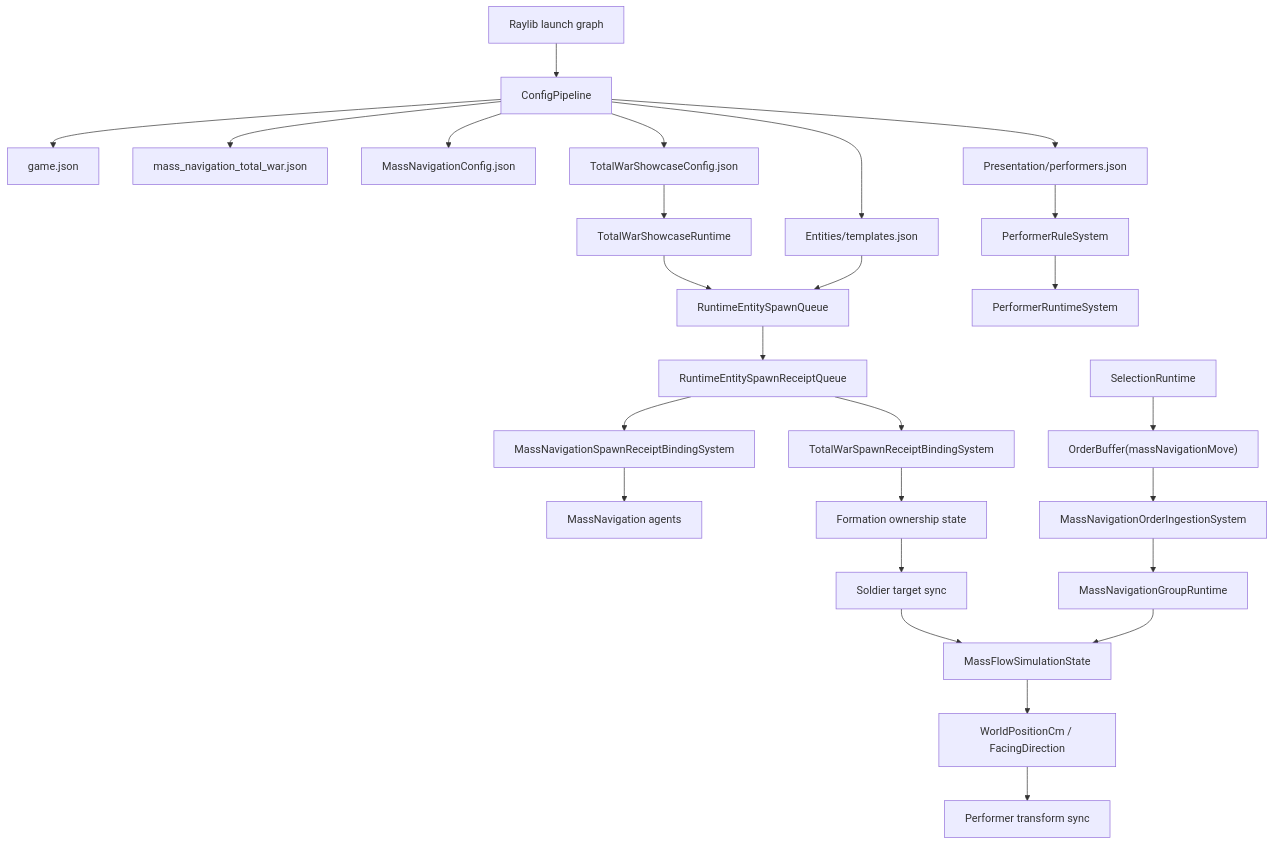
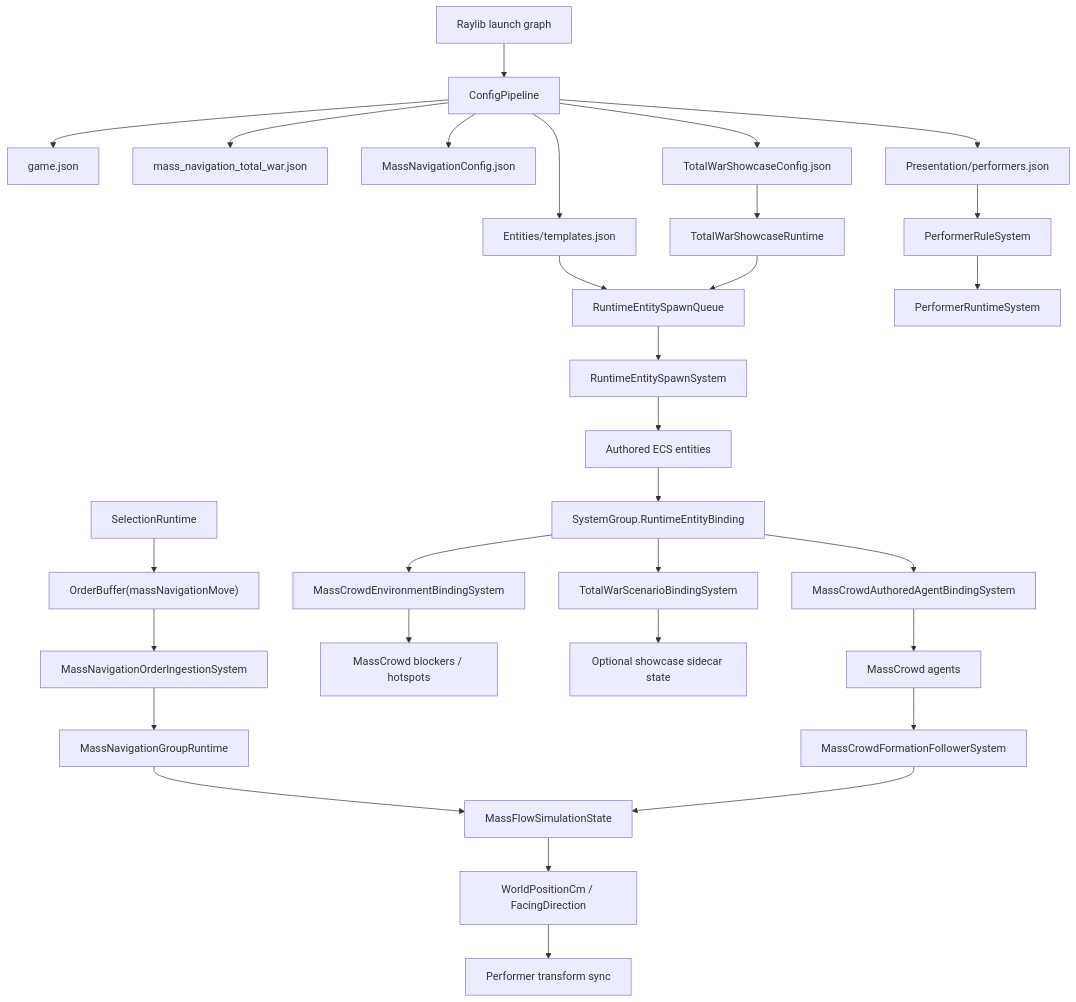
One commit to MightyBubble/Ludots changed the first of 2 diagrams in gitbook/reference/mass-navigation-formal-chain.md. Above: the diagram before and after it, drawn with Mermaid. The commit also changed other lines of this file and 119 other files, not shown here.

First line of the commit message:
Move MassCrowd runtime ownership into core

````diff
--- a/gitbook/reference/mass-navigation-formal-chain.md
+++ b/gitbook/reference/mass-navigation-formal-chain.md
@@ -36,31 +40,35 @@
 ```mermaid
 flowchart TD
     Launch["Raylib launch graph"] --> Config["ConfigPipeline"]
     Config --> GameJson["game.json"]
     Config --> Map["mass_navigation_total_war.json"]
     Config --> NavConfig["MassNavigationConfig.json"]
     Config --> TwConfig["TotalWarShowcaseConfig.json"]
     Config --> Templates["Entities/templates.json"]
     Config --> Performers["Presentation/performers.json"]
 
     TwConfig --> Runtime["TotalWarShowcaseRuntime"]
     Templates --> SpawnQueue["RuntimeEntitySpawnQueue"]
     Runtime --> SpawnQueue
-    SpawnQueue --> Receipts["RuntimeEntitySpawnReceiptQueue"]
-    Receipts --> MassBinding["MassNavigationSpawnReceiptBindingSystem"]
-    Receipts --> TwBinding["TotalWarSpawnReceiptBindingSystem"]
+    SpawnQueue --> SpawnSystem["RuntimeEntitySpawnSystem"]
+    SpawnSystem --> World["Authored ECS entities"]
+    World --> BindingGroup["SystemGroup.RuntimeEntityBinding"]
+    BindingGroup --> AgentBinding["MassCrowdAuthoredAgentBindingSystem"]
+    BindingGroup --> EnvBinding["MassCrowdEnvironmentBindingSystem"]
+    BindingGroup --> TwBinding["TotalWarScenarioBindingSystem"]
 
-    MassBinding --> Agents["MassNavigation agents"]
-    TwBinding --> Formations["Formation ownership state"]
-    Formations --> SoldierTargets["Soldier target sync"]
+    AgentBinding --> Agents["MassCrowd agents"]
+    EnvBinding --> Obstacles["MassCrowd blockers / hotspots"]
+    TwBinding --> Formations["Optional showcase sidecar state"]
+    Agents --> FollowerSync["MassCrowdFormationFollowerSystem"]
 
     Selection["SelectionRuntime"] --> Orders["OrderBuffer(massNavigationMove)"]
     Orders --> Ingestion["MassNavigationOrderIngestionSystem"]
     Ingestion --> Groups["MassNavigationGroupRuntime"]
     Groups --> Solver["MassFlowSimulationState"]
-    SoldierTargets --> Solver
+    FollowerSync --> Solver
     Solver --> EcsState["WorldPositionCm / FacingDirection"]
     EcsState --> PerformerSync["Performer transform sync"]
     Performers --> PerformerRules["PerformerRuleSystem"]
     PerformerRules --> PerformerRuntime["PerformerRuntimeSystem"]
 ```
````
